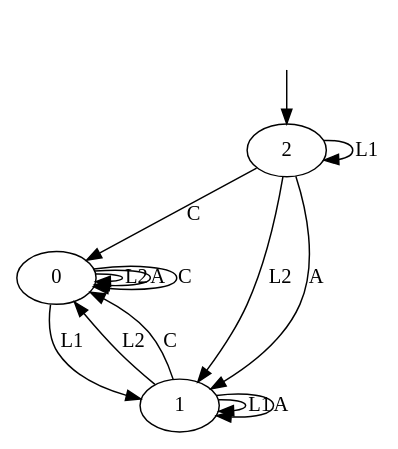
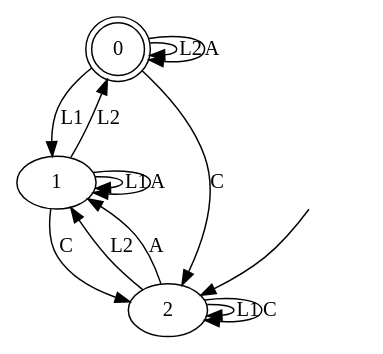
One commit to tomyaacov/lstar_dont_care changed the diagram in magento.dot. Above: the diagram before and after it, drawn with Graphviz. The commit also changed 7 other files, not shown here.

```diff
--- a/magento.dot
+++ b/magento.dot
@@ -1,19 +1,19 @@
 digraph magento {
-0 [label=0];
+0 [label=0, shape=doublecircle];
 1 [label=1];
 2 [label=2];
 0 -> 1  [label=L1];
 0 -> 0  [label=L2];
 0 -> 0  [label=A];
-0 -> 0  [label=C];
+0 -> 2  [label=C];
 1 -> 1  [label=L1];
 1 -> 0  [label=L2];
 1 -> 1  [label=A];
-1 -> 0  [label=C];
+1 -> 2  [label=C];
 2 -> 2  [label=L1];
 2 -> 1  [label=L2];
 2 -> 1  [label=A];
-2 -> 0  [label=C];
+2 -> 2  [label=C];
 __start0 [label="", shape=none];
 __start0 -> 2  [label=""];
 }
```
